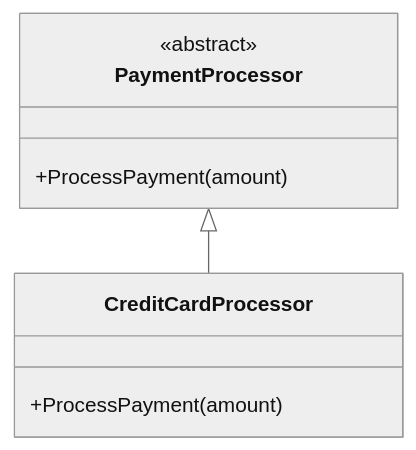
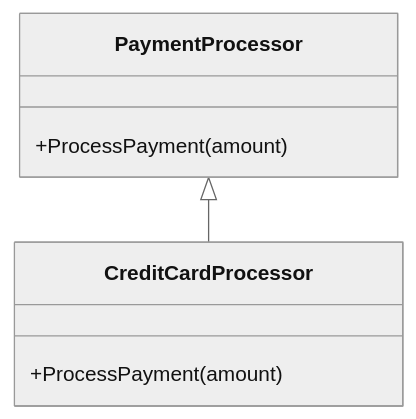
Before and after one commit to buribalkan/C-SHARP-Training: the fourth of 4 diagrams in Object-Oriented-Programming.md, drawn with Mermaid (neutral theme).

````diff
--- a/Object-Oriented-Programming.md
+++ b/Object-Oriented-Programming.md
@@ -586,17 +586,17 @@
 ```mermaid
 classDiagram
 
+    %% PaymentProcessor is abstract
     class PaymentProcessor {
-        <<abstract>>
         +ProcessPayment(amount)
     }
 
     class CreditCardProcessor {
         +ProcessPayment(amount)
     }
 
     PaymentProcessor <|-- CreditCardProcessor
 
 
 
 ```
````
